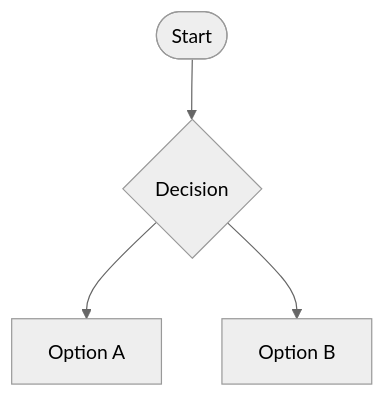
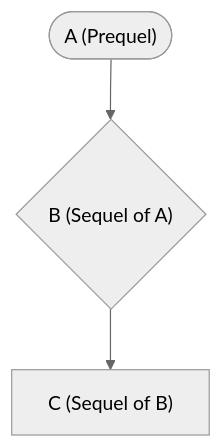
One commit to j-chowder/anime-recommendation changed the first of 2 diagrams in README.md. Above: the diagram before and after it, drawn with Mermaid (neutral theme). The commit also changed other lines of this file, not shown here.

````diff
--- a/README.md
+++ b/README.md
@@ -160,5 +78,5 @@
 ```mermaid
-flowchart TD
- A(["Start"]) --> B{"Decision"}
- B --> C["Option A"] & D["Option B"]
+flowchart 
+ A(["A (Prequel)"]) --> B{"B (Sequel of A)"}
+ B --> C["C (Sequel of B)"]
 ```
````
